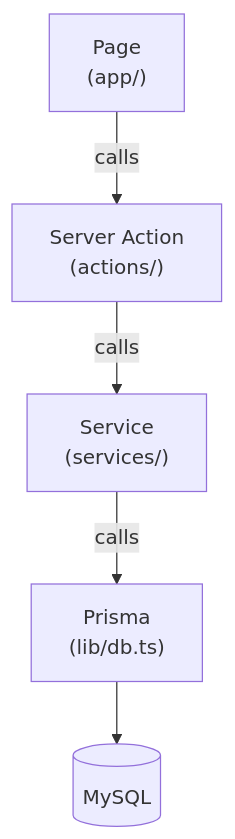
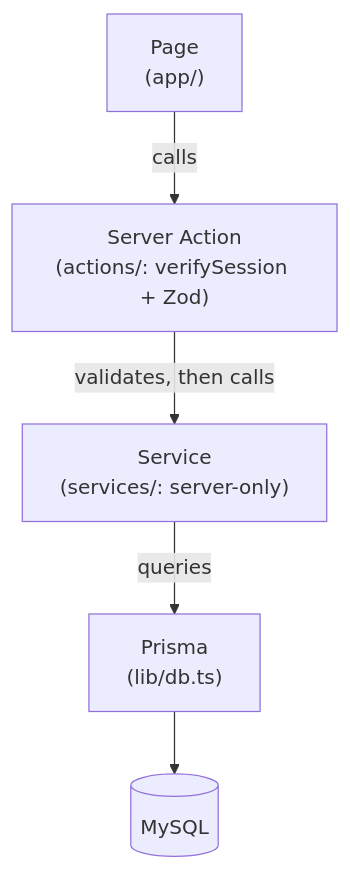
Before and after one commit to hack4impact-calpoly/prfc-connect: the diagram in docs/figures/source-flow.mmd, drawn with Mermaid. The commit also changed 20 other files, not shown here.

```diff
--- a/docs/figures/source-flow.mmd
+++ b/docs/figures/source-flow.mmd
@@ -1,11 +1,11 @@
 flowchart TD
     Page["Page<br/>(app/)"]
-    Action["Server Action<br/>(actions/)"]
-    Service["Service<br/>(services/)"]
+    Action["Server Action<br/>(actions/: verifySession + Zod)"]
+    Service["Service<br/>(services/: server-only)"]
     Prisma["Prisma<br/>(lib/db.ts)"]
     MySQL[("MySQL")]
 
     Page -->|calls| Action
-    Action -->|calls| Service
-    Service -->|calls| Prisma
+    Action -->|validates, then calls| Service
+    Service -->|queries| Prisma
     Prisma --> MySQL
```
